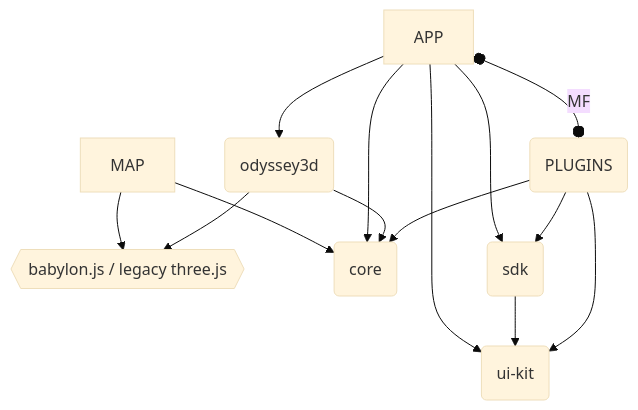
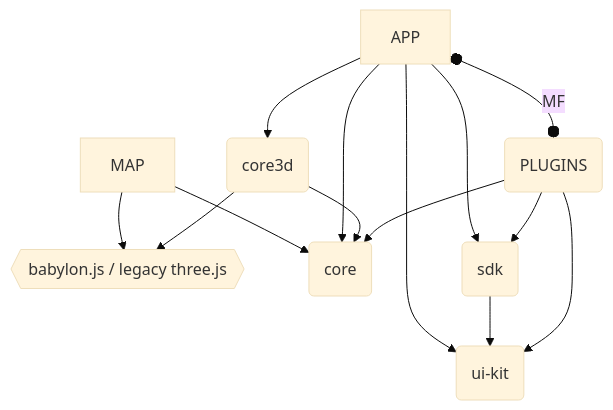
The second of 2 diagrams in README.md (momentum-xyz/ui-client), drawn with Mermaid (base theme) before and after one commit. The commit also changed other lines of this file and 88 other files, not shown here.

Commit message:
feature(odyssey3d): renaming to core3d

````diff
--- a/README.md
+++ b/README.md
@@ -42,16 +42,16 @@
 ```mermaid
 flowchart TD
     MAP --> B
     MAP --> C
-    A --> 3D(odyssey3d)
+    A --> 3D(core3d)
     3D --> B{{babylon.js / legacy three.js}}
     A --> S(sdk)
     A[APP] --> C(core)
     A --> K(ui-kit)
     S --> K
     P --> S
     P --> K
     3D --> C
     P --> C
     A o--o |MF| P(PLUGINS)
 ```
````
